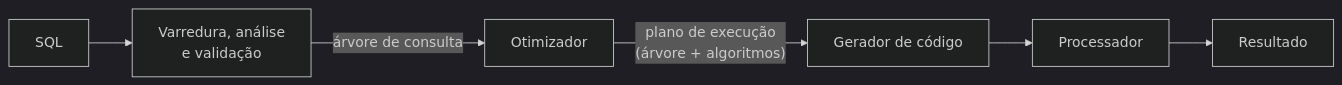
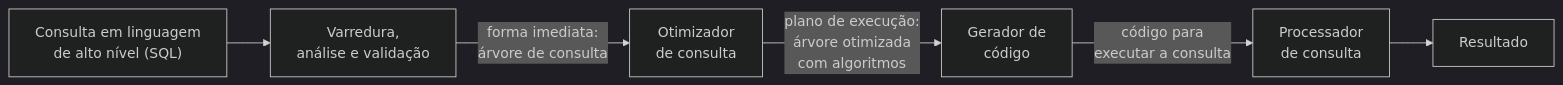
Before and after one commit to HerikDR/estudo-comp-escalavel: the second of 21 diagrams in estudo/11_processamento_otimizacao_consultas.md, drawn with Mermaid (dark theme). The commit also changed other lines of this file and 9 other files, not shown here.

````diff
--- a/estudo/11_processamento_otimizacao_consultas.md
+++ b/estudo/11_processamento_otimizacao_consultas.md
@@ -13,4 +73,8 @@
 ```mermaid
 flowchart LR
-    Q["SQL"] --> E1["Varredura, análise<br/>e validação"] -->|"árvore de consulta"| E2["Otimizador"] -->|"plano de execução<br/>(árvore + algoritmos)"| E3["Gerador de código"] --> E4["Processador"] --> R["Resultado"]
+    Q["Consulta em linguagem<br/>de alto nível (SQL)"] --> E1["Varredura,<br/>análise e validação"]
+    E1 -->|"forma imediata:<br/>árvore de consulta"| E2["Otimizador<br/>de consulta"]
+    E2 -->|"plano de execução:<br/>árvore otimizada<br/>com algoritmos"| E3["Gerador de<br/>código"]
+    E3 -->|"código para<br/>executar a consulta"| E4["Processador<br/>de consulta"]
+    E4 --> R["Resultado"]
 ```
````
